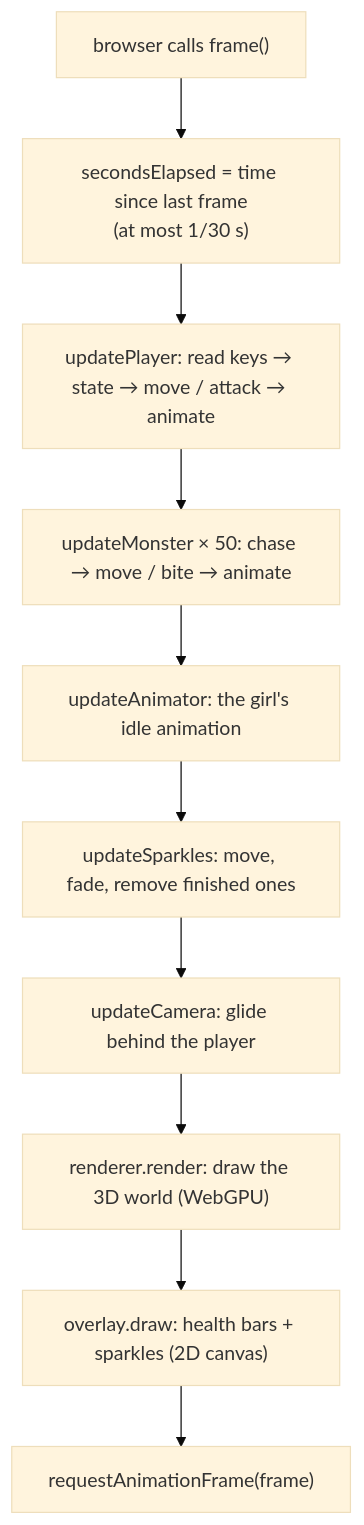
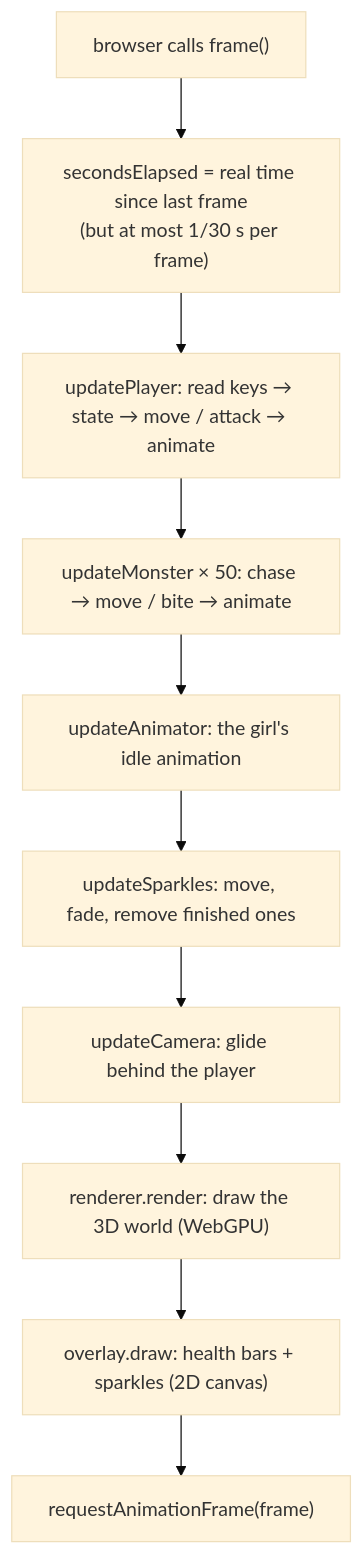
Before and after one commit to rockie-yang/Quick_3D_RPG: the first of 2 diagrams in docs/03-architecture.md, drawn with Mermaid (base theme). The commit also changed 4 other files, not shown here.

First line of the commit message:
Clarify that MAXIMUM_STEP_SECONDS limits game time per frame, not the frame rate

````diff
--- a/docs/03-architecture.md
+++ b/docs/03-architecture.md
@@ -88,12 +88,12 @@
 ```mermaid
 flowchart TD
-    Start["browser calls frame()"] --> Time["secondsElapsed = time since last frame<br/>(at most 1/30 s)"]
+    Start["browser calls frame()"] --> Time["secondsElapsed = real time since last frame<br/>(but at most 1/30 s per frame)"]
     Time --> Player["updatePlayer: read keys → state → move / attack → animate"]
     Player --> Monsters["updateMonster × 50: chase → move / bite → animate"]
     Monsters --> Girl["updateAnimator: the girl's idle animation"]
     Girl --> Sparkles["updateSparkles: move, fade, remove finished ones"]
     Sparkles --> Camera["updateCamera: glide behind the player"]
     Camera --> Render["renderer.render: draw the 3D world (WebGPU)"]
     Render --> Overlay["overlay.draw: health bars + sparkles (2D canvas)"]
     Overlay --> Next["requestAnimationFrame(frame)"]
 ```
````
